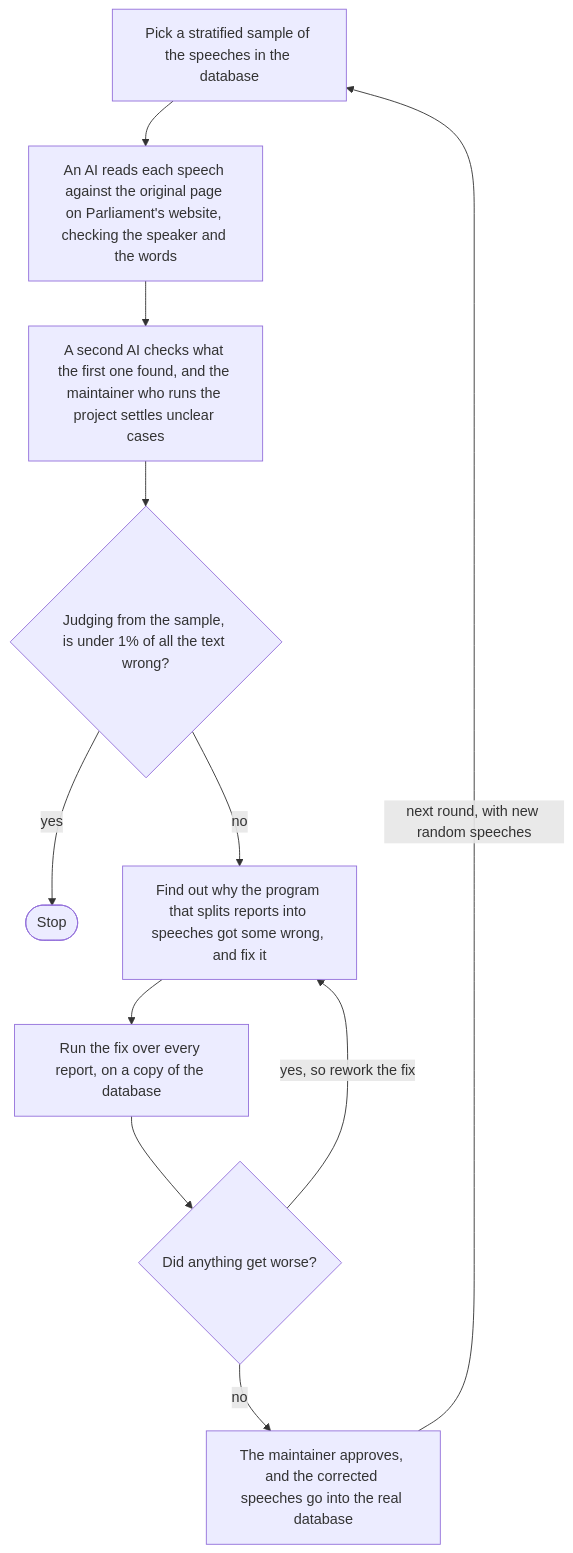
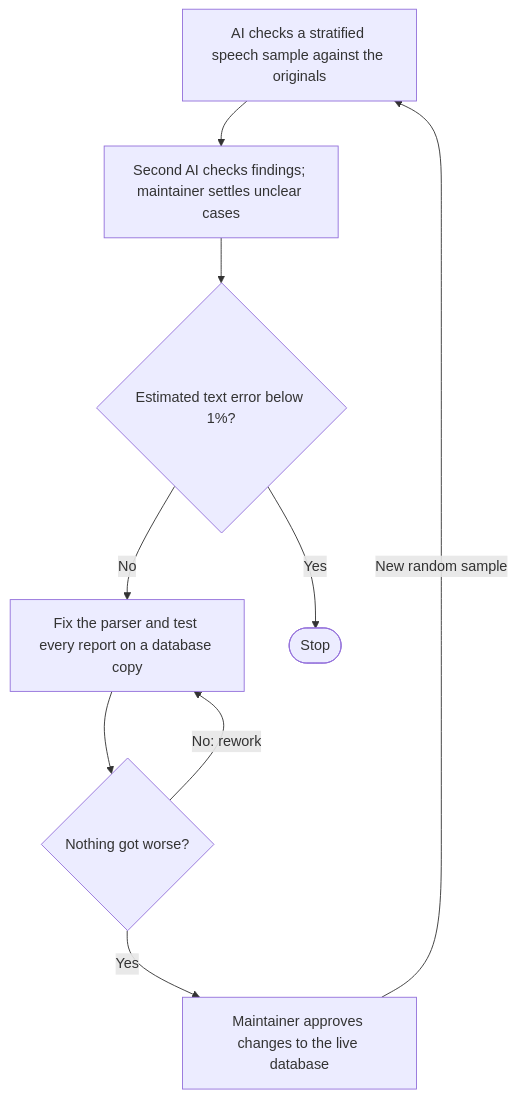
One commit to roycehoe/hansard-scraper changed the third of 3 diagrams in README.md. Above: the diagram before and after it, drawn with Mermaid. The commit also changed other lines of this file and 1 other file, not shown here.

Commit message:
docs: simplify the diagrams and rewrite the README

````diff
--- a/README.md
+++ b/README.md
@@ -85,18 +76,15 @@
 ```mermaid
 flowchart TD
-  pick["Pick a stratified sample of the speeches in the database"]
-  read["An AI reads each speech against the original page on Parliament's website, checking the speaker and the words"]
-  check["A second AI checks what the first one found, and the maintainer who runs the project settles unclear cases"]
-  good{"Judging from the sample, is under 1% of all the text wrong?"}
-  done(["Stop"])
-  fix["Find out why the program that splits reports into speeches got some wrong, and fix it"]
-  copy["Run the fix over every report, on a copy of the database"]
-  worse{"Did anything get worse?"}
-  apply["The maintainer approves, and the corrected speeches go into the real database"]
-  pick --> read --> check --> good
-  good -->|"yes"| done
-  good -->|"no"| fix --> copy --> worse
-  worse -->|"yes, so rework the fix"| fix
-  worse -->|"no"| apply
-  apply -->|"next round, with new random speeches"| pick
+  read["AI checks a stratified speech sample against the originals"]
+  review["Second AI checks findings; maintainer settles unclear cases"]
+  target{"Estimated text error below 1%?"}
+  fix["Fix the parser and test every report on a database copy"]
+  safe{"Nothing got worse?"}
+  apply["Maintainer approves changes to the live database"]
+  read --> review --> target
+  target -->|"Yes"| done(["Stop"])
+  target -->|"No"| fix --> safe
+  safe -->|"No: rework"| fix
+  safe -->|"Yes"| apply
+  apply -->|"New random sample"| read
 ```
````
